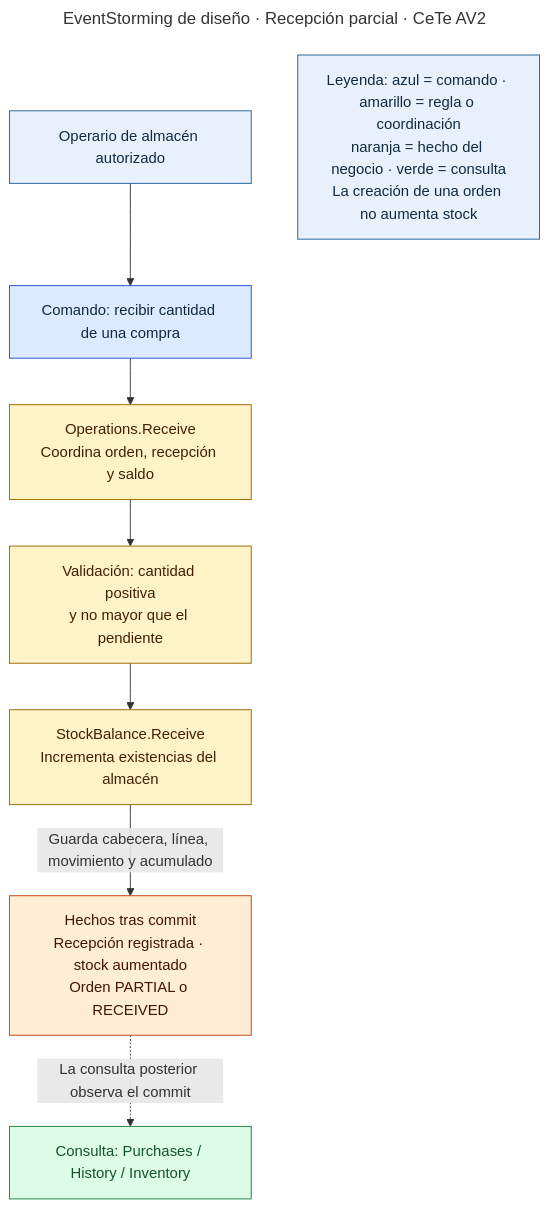
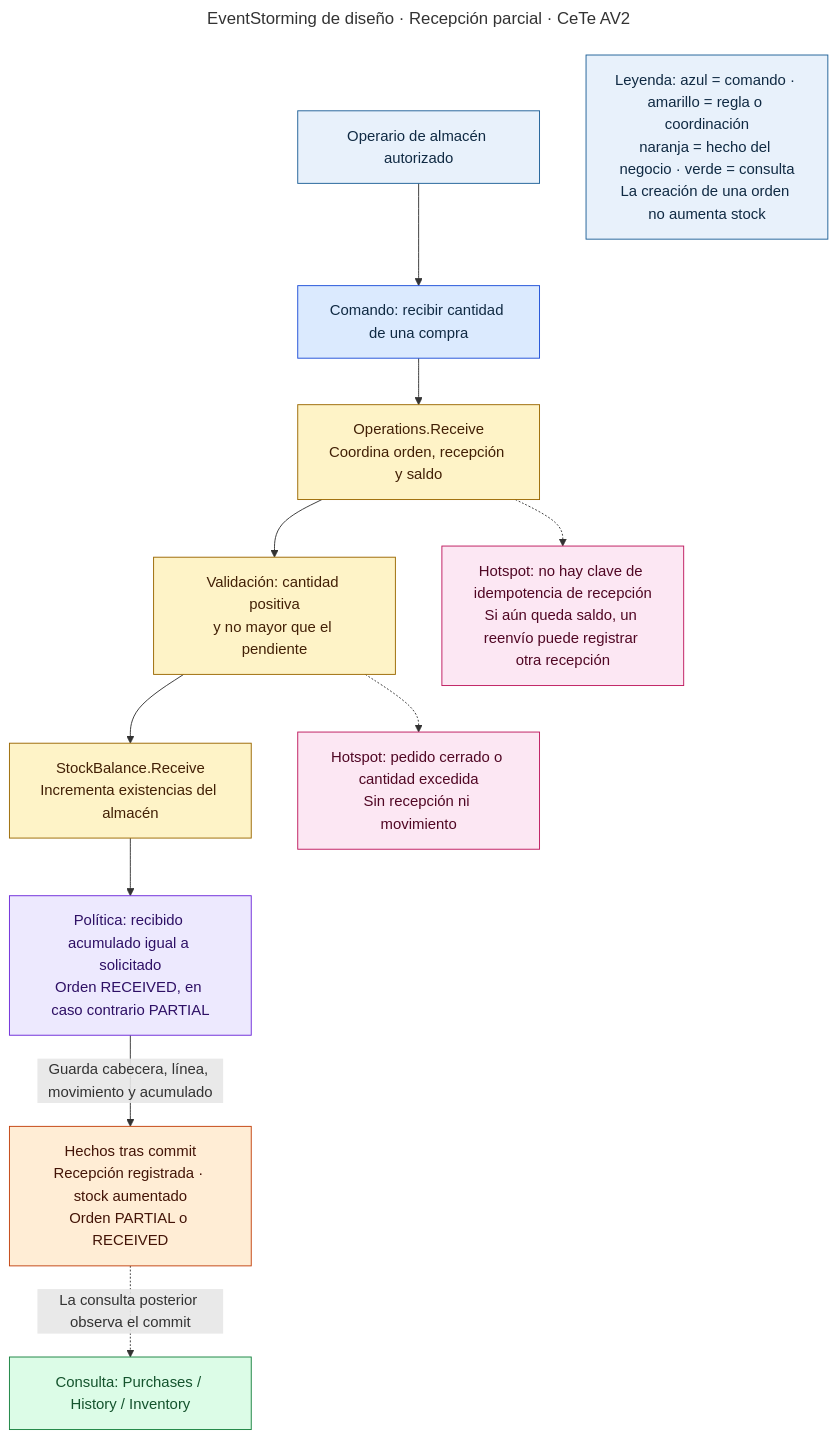
The diagram in diagrams/event-storming-receipt.mmd (Nexxus-ops/Report-CeTe), drawn with Mermaid before and after one commit. The commit also changed 20 other files, not shown here.

```diff
--- a/diagrams/event-storming-receipt.mmd
+++ b/diagrams/event-storming-receipt.mmd
@@ -1,21 +1,28 @@
 ---
 title: EventStorming de diseño · Recepción parcial · CeTe AV2
 ---
 flowchart TB
   A["Operario de almacén autorizado"]:::actor
   C["Comando: recibir cantidad de una compra"]:::command
   O["Operations.Receive<br/>Coordina orden, recepción y saldo"]:::aggregate
   P["Validación: cantidad positiva<br/>y no mayor que el pendiente"]:::aggregate
   B["StockBalance.Receive<br/>Incrementa existencias del almacén"]:::aggregate
   E["Hechos tras commit<br/>Recepción registrada · stock aumentado<br/>Orden PARTIAL o RECEIVED"]:::event
   Q["Consulta: Purchases / History / Inventory"]:::query
   A --> C --> O --> P --> B
-  B -->|"Guarda cabecera, línea, movimiento y acumulado"| E
   E -.->|"La consulta posterior observa el commit"| Q
   K["Leyenda: azul = comando · amarillo = regla o coordinación<br/>naranja = hecho del negocio · verde = consulta<br/>La creación de una orden no aumenta stock"]:::actor
 
   classDef actor fill:#E8F1FB,stroke:#1D5F96,color:#102A43
   classDef command fill:#DBEAFE,stroke:#1D4ED8,color:#102A43
   classDef aggregate fill:#FEF3C7,stroke:#9A6700,color:#422006
   classDef event fill:#FFEDD5,stroke:#C2410C,color:#431407
   classDef query fill:#DCFCE7,stroke:#15803D,color:#14532D
+  F["Política: recibido acumulado igual a solicitado<br/>Orden RECEIVED, en caso contrario PARTIAL"]:::policy
+  X["Hotspot: pedido cerrado o cantidad excedida<br/>Sin recepción ni movimiento"]:::hotspot
+  R["Hotspot: no hay clave de idempotencia de recepción<br/>Si aún queda saldo, un reenvío puede registrar otra recepción"]:::hotspot
+  P -.-> X
+  O -.-> R
+  B --> F -->|"Guarda cabecera, línea, movimiento y acumulado"| E
+  classDef policy fill:#EDE9FE,stroke:#6D28D9,color:#2E1065
+  classDef hotspot fill:#FCE7F3,stroke:#BE185D,color:#500724
```
